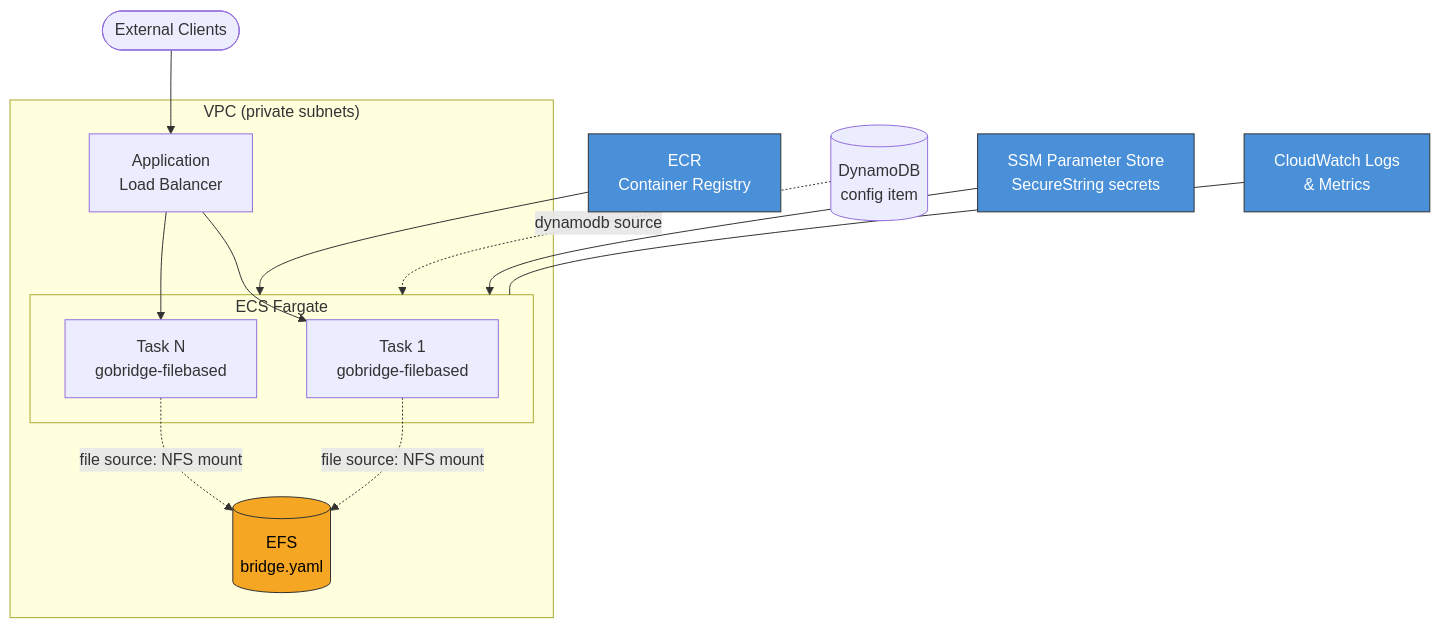
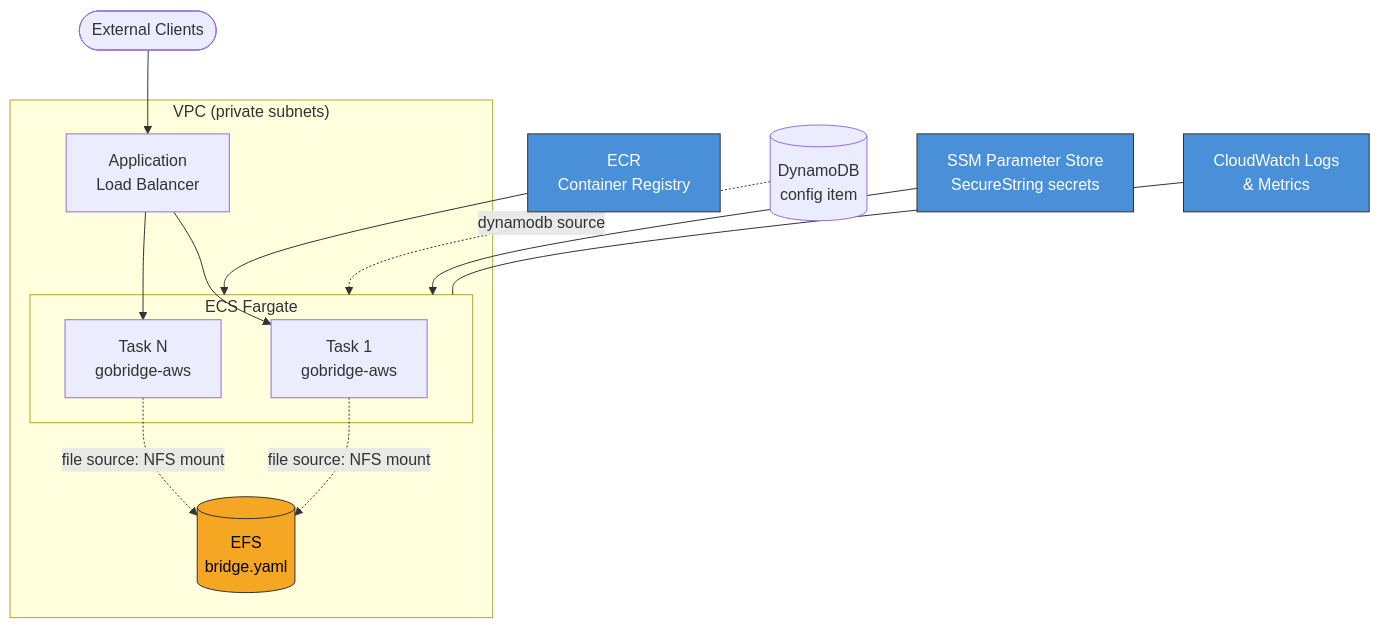
One commit to mariotoffia/gobridge changed the diagram in docs/aws-deployment/overview.md. Above: the diagram before and after it, drawn with Mermaid. The commit also changed 573 other files, not shown here.

````diff
--- a/docs/aws-deployment/overview.md
+++ b/docs/aws-deployment/overview.md
@@ -20,29 +20,29 @@
 ```mermaid
 flowchart TD
     subgraph VPC["VPC (private subnets)"]
         subgraph ECS["ECS Fargate"]
-            T1[Task 1\ngobridge-filebased]
-            T2[Task N\ngobridge-filebased]
+            T1[Task 1\ngobridge-aws]
+            T2[Task N\ngobridge-aws]
         end
 
         EFS[(EFS\nbridge.yaml)]
         ALB[Application\nLoad Balancer]
     end
 
     ECR[ECR\nContainer Registry] --> ECS
     DDB[(DynamoDB\nconfig item)] -. dynamodb source .-> ECS
     SSM[SSM Parameter Store\nSecureString secrets] --> ECS
     CW[CloudWatch Logs\n& Metrics] --- ECS
 
     ALB --> T1
     ALB --> T2
     T1 -. file source: NFS mount .-> EFS
     T2 -. file source: NFS mount .-> EFS
 
     Client([External Clients]) --> ALB
 
     style EFS fill:#f5a623,stroke:#333,color:#000
     style SSM fill:#4a90d9,stroke:#333,color:#fff
     style ECR fill:#4a90d9,stroke:#333,color:#fff
     style CW fill:#4a90d9,stroke:#333,color:#fff
 ```
````
